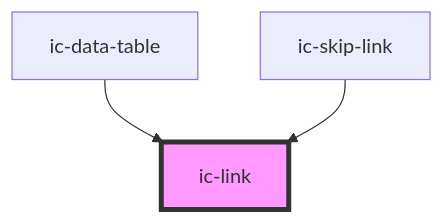
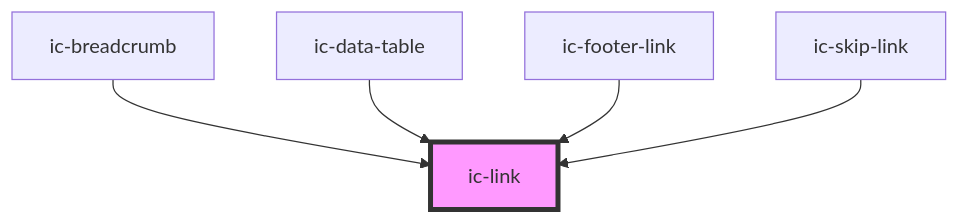
One commit to mi6/ic-ui-kit changed the diagram in packages/web-components/src/components/ic-link/readme.md. Above: the diagram before and after it, drawn with Mermaid. The commit also changed other lines of this file and 24 other files, not shown here.

````diff
--- a/packages/web-components/src/components/ic-link/readme.md
+++ b/packages/web-components/src/components/ic-link/readme.md
@@ -50,6 +53,8 @@
 ```mermaid
 graph TD;
+  ic-breadcrumb --> ic-link
   ic-data-table --> ic-link
+  ic-footer-link --> ic-link
   ic-skip-link --> ic-link
   style ic-link fill:#f9f,stroke:#333,stroke-width:4px
 ```
````
